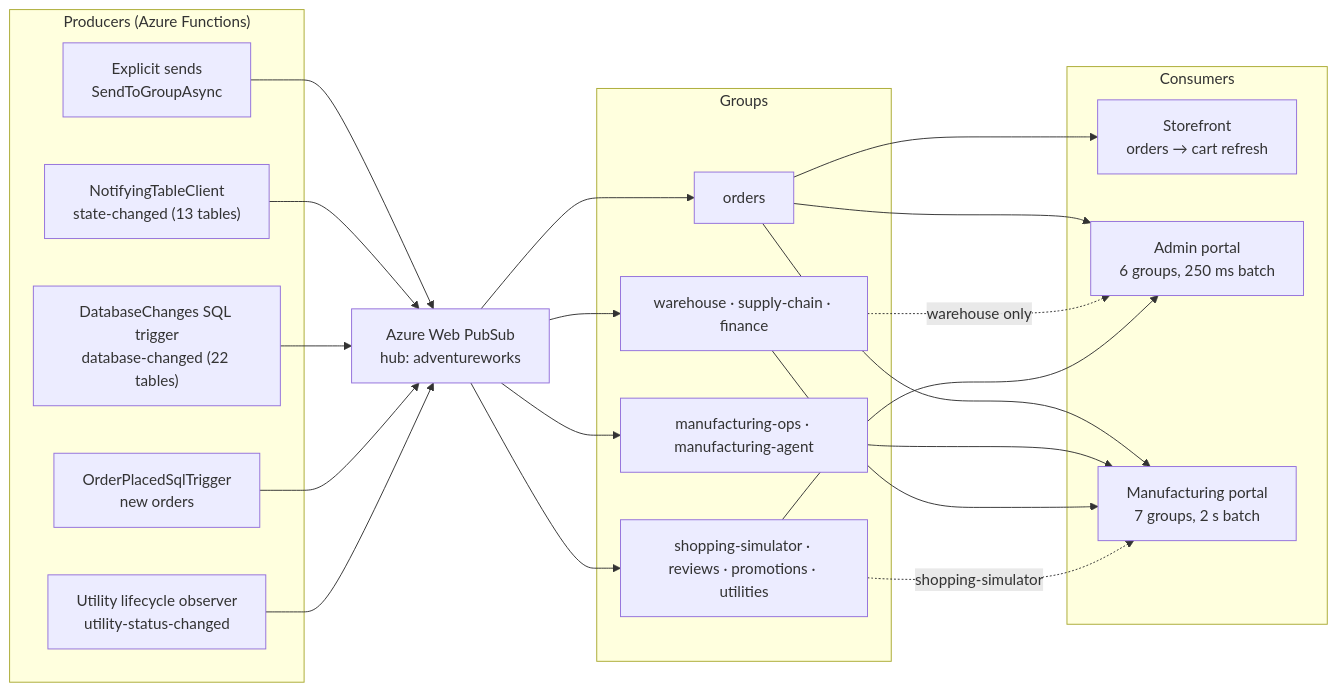
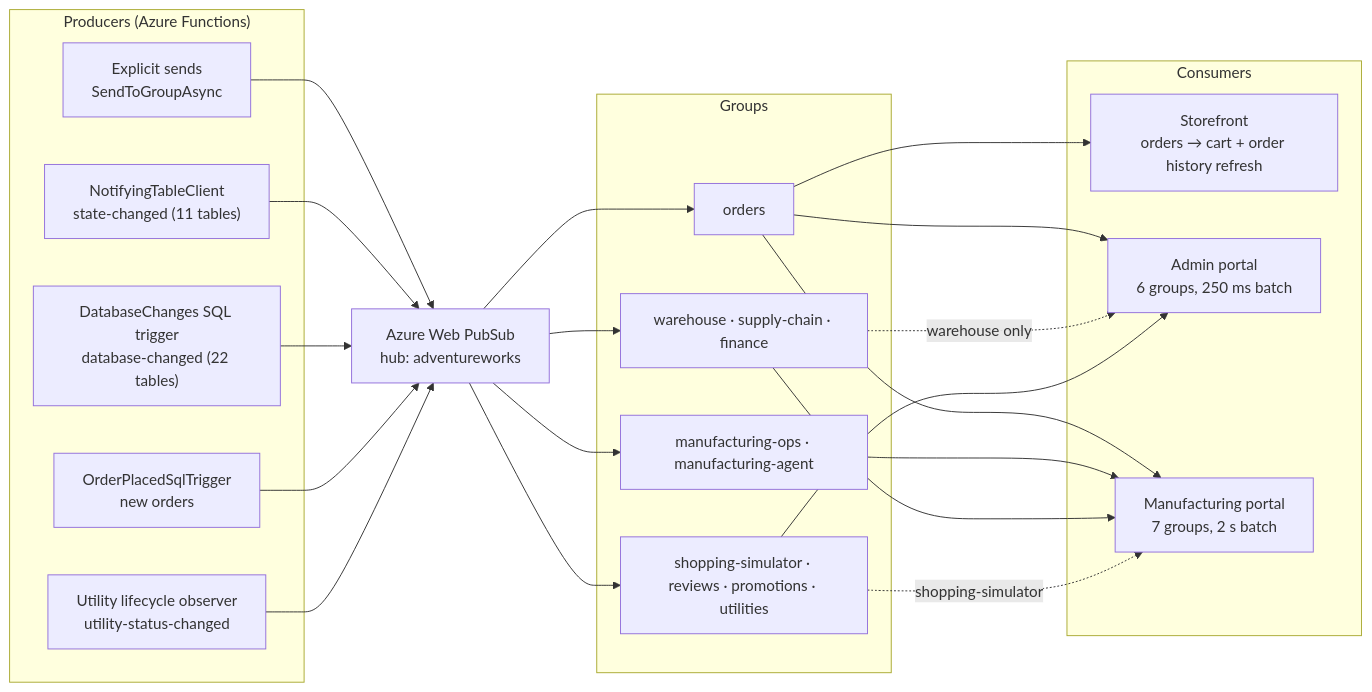
The first of 3 diagrams in docs/architecture/realtime-eventing.md (ahems/AdventureWorks), drawn with Mermaid before and after one commit. The commit also changed other lines of this file and 453 other files, not shown here.

````diff
--- a/docs/architecture/realtime-eventing.md
+++ b/docs/architecture/realtime-eventing.md
@@ -23,40 +23,40 @@
 ```mermaid
 flowchart LR
   subgraph producers["Producers (Azure Functions)"]
     explicit["Explicit sends<br/>SendToGroupAsync"]
-    notify["NotifyingTableClient<br/>state-changed (13 tables)"]
+    notify["NotifyingTableClient<br/>state-changed (11 tables)"]
     outbox["DatabaseChanges SQL trigger<br/>database-changed (22 tables)"]
     orderTrg["OrderPlacedSqlTrigger<br/>new orders"]
     util["Utility lifecycle observer<br/>utility-status-changed"]
   end
 
   wps["Azure Web PubSub<br/>hub: adventureworks"]
 
   subgraph groups["Groups"]
     g1["orders"]
     g2["manufacturing-ops · manufacturing-agent"]
     g3["warehouse · supply-chain · finance"]
     g4["shopping-simulator · reviews · promotions · utilities"]
   end
 
   subgraph consumers["Consumers"]
-    sf["Storefront<br/>orders → cart refresh"]
+    sf["Storefront<br/>orders → cart + order history refresh"]
     ad["Admin portal<br/>6 groups, 250 ms batch"]
     mf["Manufacturing portal<br/>7 groups, 2 s batch"]
   end
 
   explicit --> wps
   notify --> wps
   outbox --> wps
   orderTrg --> wps
   util --> wps
   wps --> g1 & g2 & g3 & g4
   g1 --> sf
   g1 --> ad
   g1 --> mf
   g2 --> mf
   g3 --> mf
   g3 -.->|"warehouse only"| ad
   g4 -.->|"shopping-simulator"| mf
   g4 --> ad
 ```
````
